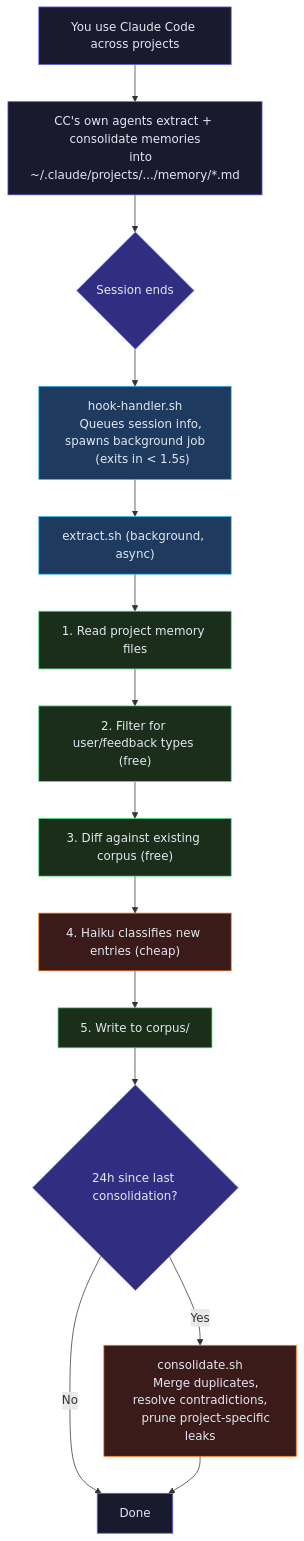
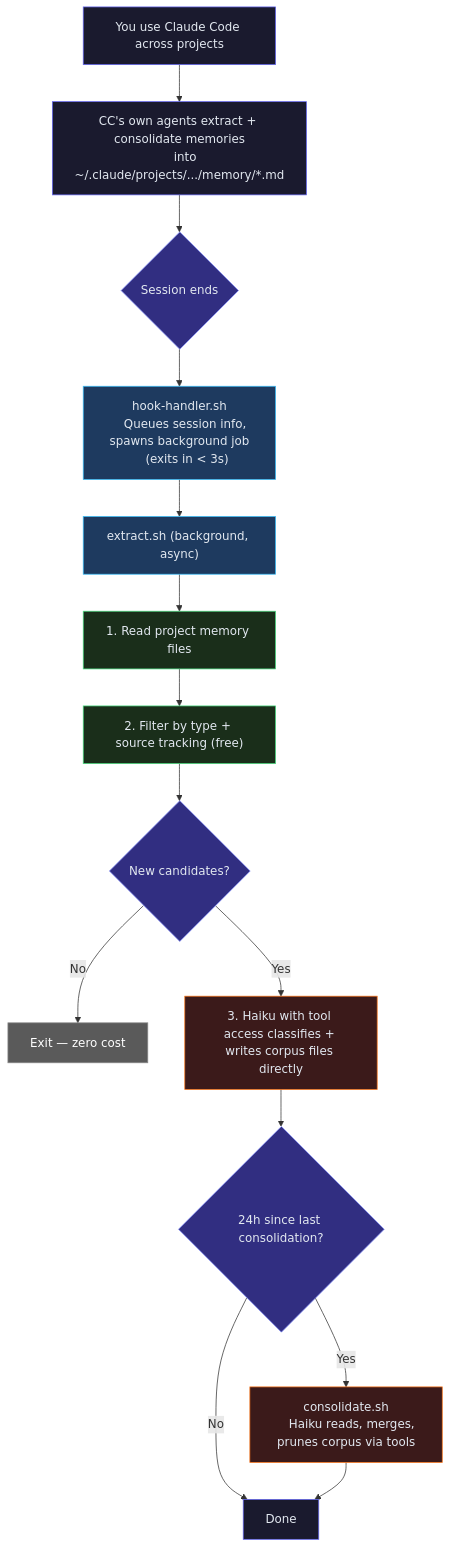
The diagram in README.md (RyanNg1403/claude-me), drawn with Mermaid before and after one commit. The commit also changed other lines of this file and 5 other files, not shown here.

First line of the commit message:
Staging dir approach + source tracking + updated docs

````diff
--- a/README.md
+++ b/README.md
@@ -9,38 +9,37 @@
 ```mermaid
 graph TD
     A["You use Claude Code across projects"] --> B["CC's own agents extract + consolidate memories
     into ~/.claude/projects/.../memory/*.md"]
     B --> C{Session ends}
     C --> D["hook-handler.sh
     Queues session info, spawns background job
-    (exits in < 1.5s)"]
+    (exits in < 3s)"]
 
     D --> E["extract.sh (background, async)"]
 
     E --> E1["1. Read project memory files"]
-    E1 --> E2["2. Filter for user/feedback types (free)"]
-    E2 --> E3["3. Diff against existing corpus (free)"]
-    E3 --> E4["4. Haiku classifies new entries (cheap)"]
-    E4 --> E5["5. Write to corpus/"]
+    E1 --> E2["2. Filter by type + source tracking (free)"]
+    E2 --> E3{"New candidates?"}
+    E3 -- No --> E3N["Exit — zero cost"]
+    E3 -- Yes --> E4["3. Haiku with tool access classifies + writes corpus files directly"]
 
-    E5 --> F{24h since last consolidation?}
+    E4 --> F{24h since last consolidation?}
     F -- Yes --> G["consolidate.sh
-    Merge duplicates, resolve contradictions,
-    prune project-specific leaks"]
+    Haiku reads, merges, prunes corpus via tools"]
     F -- No --> H["Done"]
     G --> H
 
     style A fill:#1a1a2e,stroke:#6366f1,color:#e2e8f0
     style B fill:#1a1a2e,stroke:#6366f1,color:#e2e8f0
     style C fill:#312e81,stroke:#818cf8,color:#e2e8f0
     style D fill:#1e3a5f,stroke:#38bdf8,color:#e2e8f0
     style E fill:#1e3a5f,stroke:#38bdf8,color:#e2e8f0
     style E1 fill:#1a2e1a,stroke:#4ade80,color:#e2e8f0
     style E2 fill:#1a2e1a,stroke:#4ade80,color:#e2e8f0
-    style E3 fill:#1a2e1a,stroke:#4ade80,color:#e2e8f0
+    style E3 fill:#312e81,stroke:#818cf8,color:#e2e8f0
+    style E3N fill:#5a5a5a,stroke:#888,color:#fff
     style E4 fill:#3b1a1a,stroke:#f97316,color:#e2e8f0
-    style E5 fill:#1a2e1a,stroke:#4ade80,color:#e2e8f0
     style F fill:#312e81,stroke:#818cf8,color:#e2e8f0
     style G fill:#3b1a1a,stroke:#f97316,color:#e2e8f0
     style H fill:#1a1a2e,stroke:#6366f1,color:#e2e8f0
 ```
````
